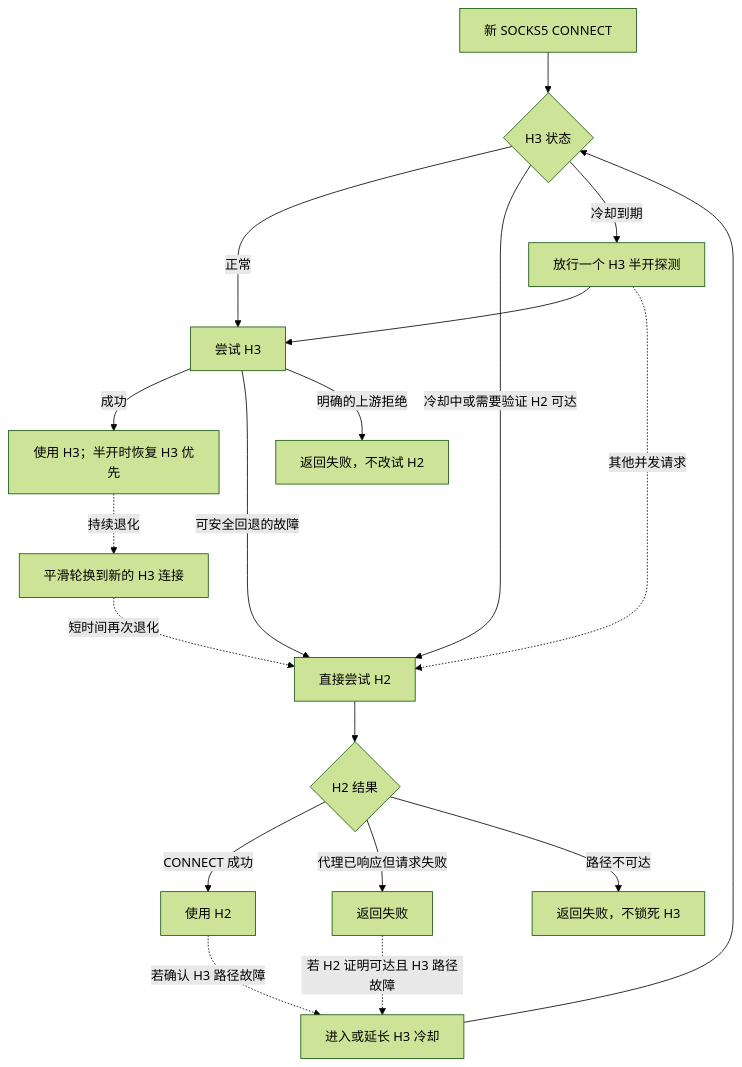
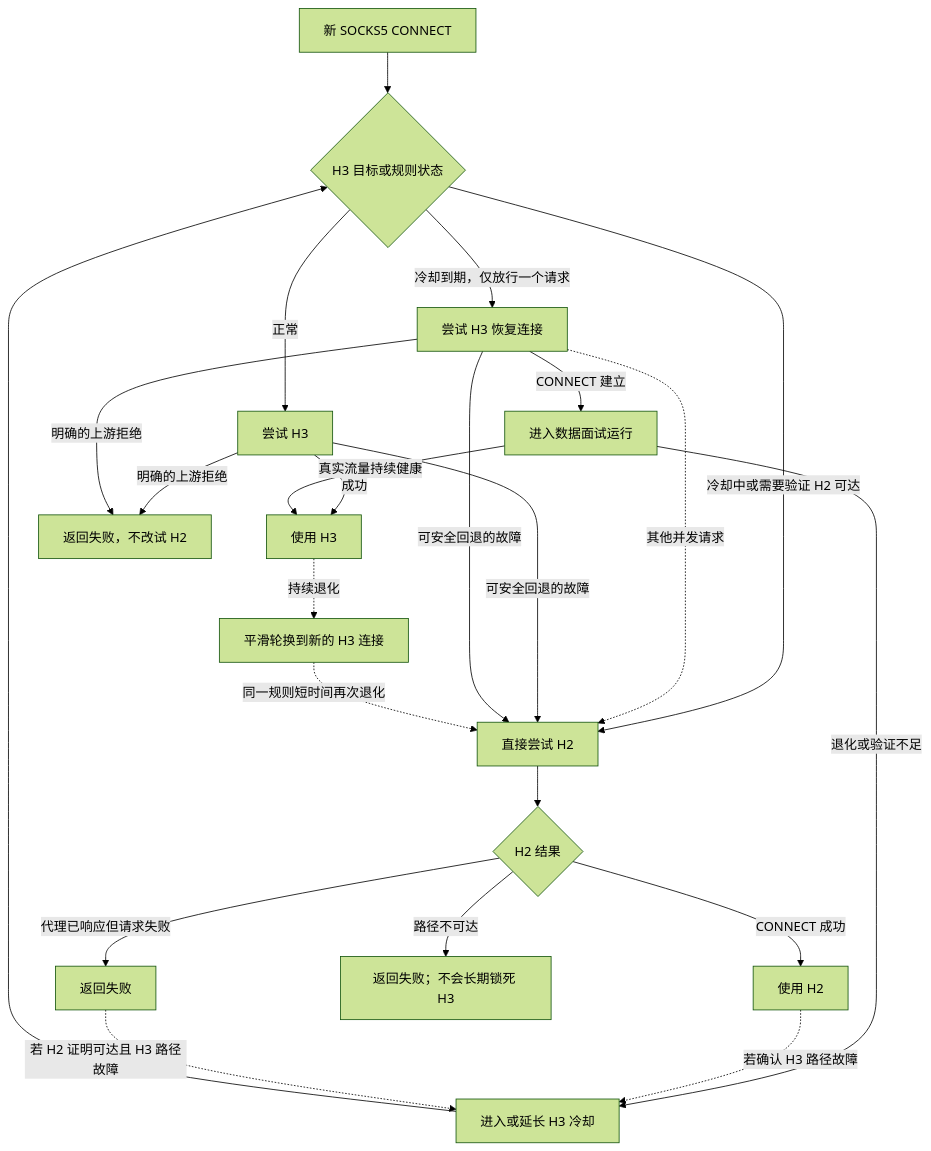
One commit to cppla/moto changed the second of 4 diagrams in README.md. Above: the diagram before and after it, drawn with Mermaid (forest theme). The commit also changed other lines of this file and 12 other files, not shown here.

````diff
--- a/README.md
+++ b/README.md
@@ -55,21 +55,25 @@
 ```mermaid
 flowchart TD
-    A[新 SOCKS5 CONNECT] --> B{H3 状态}
+    A[新 SOCKS5 CONNECT] --> B{H3 目标或规则状态}
     B -->|正常| C[尝试 H3]
     B -->|冷却中或需要验证 H2 可达| D[直接尝试 H2]
-    B -->|冷却到期| P[放行一个 H3 半开探测]
-    P --> C
+    B -->|冷却到期，仅放行一个请求| P[尝试 H3 恢复连接]
     P -. 其他并发请求 .-> D
-    C -->|成功| E[使用 H3；半开时恢复 H3 优先]
+    C -->|成功| E[使用 H3]
     C -->|可安全回退的故障| D
     C -->|明确的上游拒绝| R[返回失败，不改试 H2]
+    P -->|CONNECT 建立| V[进入数据面试运行]
+    P -->|可安全回退的故障| D
+    P -->|明确的上游拒绝| R
+    V -->|真实流量持续健康| E
+    V -->|退化或验证不足| J[进入或延长 H3 冷却]
     E -. 持续退化 .-> Q[平滑轮换到新的 H3 连接]
-    Q -. 短时间再次退化 .-> D
+    Q -. 同一规则短时间再次退化 .-> D
     D --> G{H2 结果}
     G -->|CONNECT 成功| H[使用 H2]
     G -->|代理已响应但请求失败| F[返回失败]
-    G -->|路径不可达| I[返回失败，不锁死 H3]
+    G -->|路径不可达| I[返回失败；不会长期锁死 H3]
     H -. 若确认 H3 路径故障 .-> J[进入或延长 H3 冷却]
     F -. 若 H2 证明可达且 H3 路径故障 .-> J
     J --> B
 ```
````
